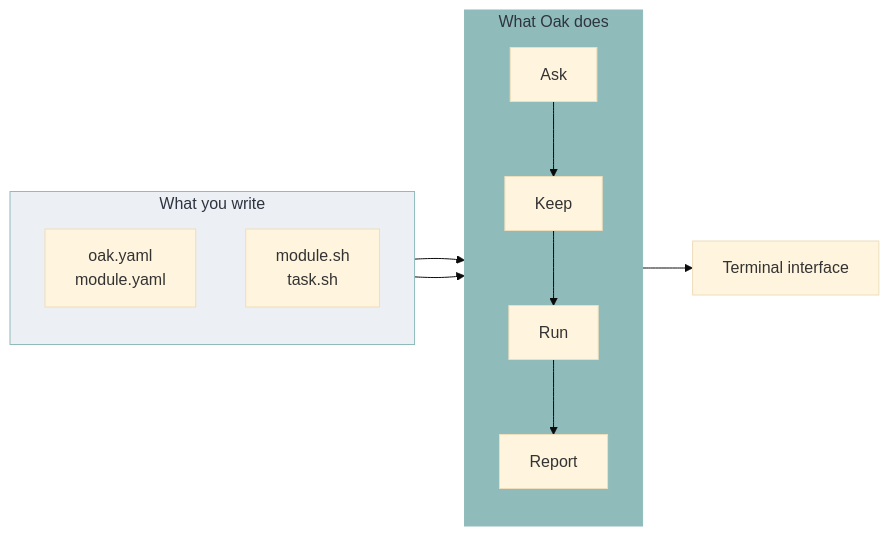
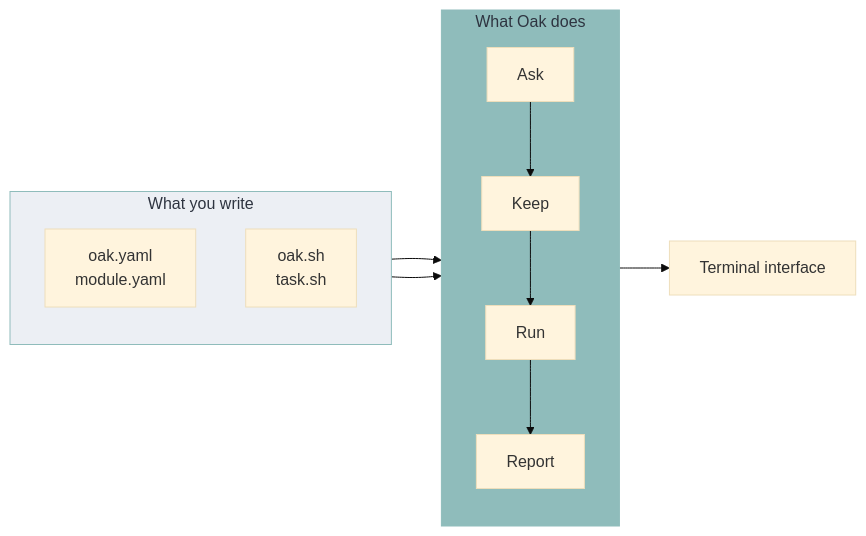
The first of 3 diagrams in docs/README.md (murkl/oak), drawn with Mermaid (base theme) before and after one commit. The commit also changed other lines of this file and 44 other files, not shown here.

````diff
--- a/docs/README.md
+++ b/docs/README.md
@@ -54,18 +52,18 @@
 ```mermaid
 flowchart LR
     subgraph Y["What you write"]
         direction TB
         C["oak.yaml<br/>module.yaml"]
-        S["module.sh<br/>task.sh"]
+        S["oak.sh<br/>task.sh"]
     end
     subgraph O["What Oak does"]
         direction TB
         A["Ask"] --> K["Keep"] --> R["Run"] --> F["Report"]
     end
     C --> O
     S --> O
     O --> U["Terminal interface"]
 
     style Y fill:#eceff4,stroke:#8fbcbb,color:#2e3440
     style O fill:#8fbcbb,stroke:#8fbcbb,color:#2e3440
 ```
````
